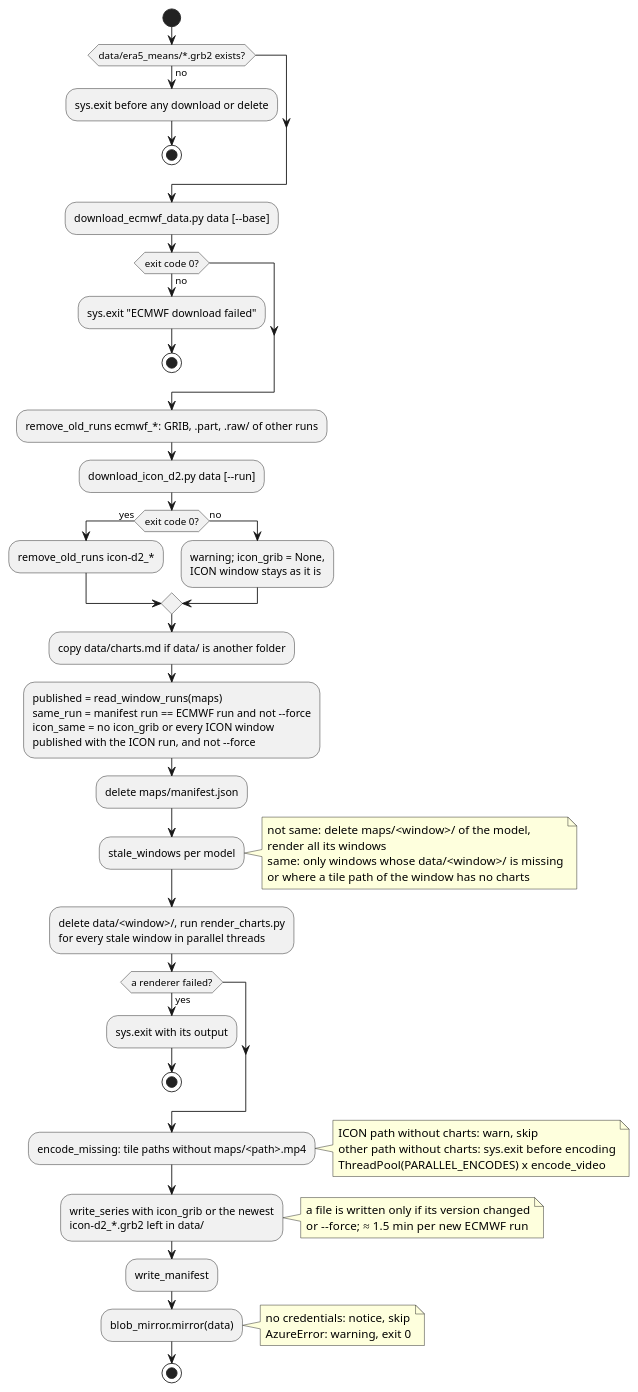
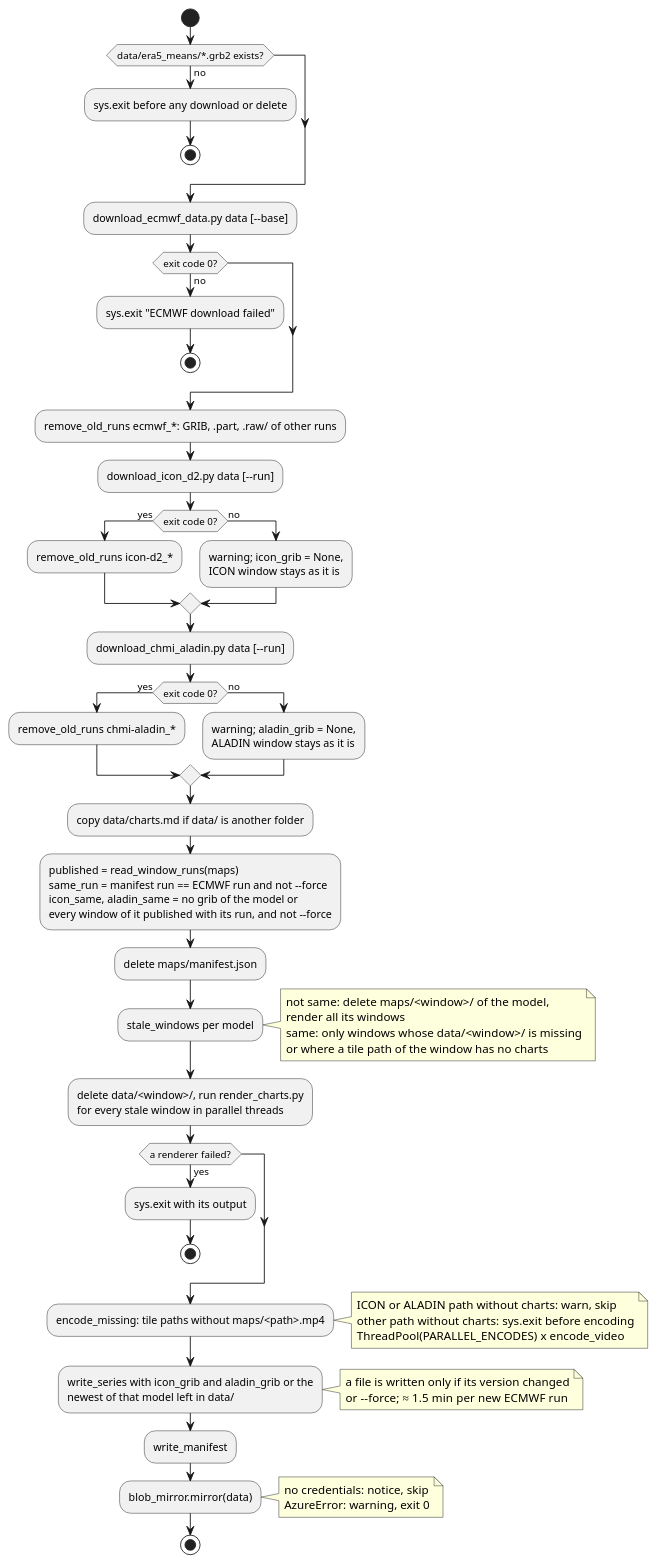
The second of 5 diagrams in REFERENCE.scripts.md (schletz/wetterkartenviewer), drawn with PlantUML before and after one commit. The commit also changed other lines of this file and 52 other files, not shown here.

First line of the commit message:
Add CHMI ALADIN maps for Austria and Hungary [skip ci]

````diff
--- a/REFERENCE.scripts.md
+++ b/REFERENCE.scripts.md
@@ -165,60 +179,67 @@
 ```plantuml
 @startuml update_maps
 start
 if (data/era5_means/*.grb2 exists?) then (no)
  :sys.exit before any download or delete;
  stop
 endif
 :download_ecmwf_data.py data [--base];
 if (exit code 0?) then (no)
  :sys.exit "ECMWF download failed";
  stop
 endif
 :remove_old_runs ecmwf_*: GRIB, .part, .raw/ of other runs;
 :download_icon_d2.py data [--run];
 if (exit code 0?) then (yes)
  :remove_old_runs icon-d2_*;
 else (no)
  :warning; icon_grib = None,
  ICON window stays as it is;
 endif
+:download_chmi_aladin.py data [--run];
+if (exit code 0?) then (yes)
+ :remove_old_runs chmi-aladin_*;
+else (no)
+ :warning; aladin_grib = None,
+ ALADIN window stays as it is;
+endif
 :copy data/charts.md if data/ is another folder;
 :published = read_window_runs(maps)
 same_run = manifest run == ECMWF run and not --force
-icon_same = no icon_grib or every ICON window
-published with the ICON run, and not --force;
+icon_same, aladin_same = no grib of the model or
+every window of it published with its run, and not --force;
 :delete maps/manifest.json;
 :stale_windows per model;
 note right
  not same: delete maps/<window>/ of the model,
  render all its windows
  same: only windows whose data/<window>/ is missing
  or where a tile path of the window has no charts
 end note
 :delete data/<window>/, run render_charts.py
 for every stale window in parallel threads;
 if (a renderer failed?) then (yes)
  :sys.exit with its output;
  stop
 endif
 :encode_missing: tile paths without maps/<path>.mp4;
 note right
- ICON path without charts: warn, skip
+ ICON or ALADIN path without charts: warn, skip
  other path without charts: sys.exit before encoding
  ThreadPool(PARALLEL_ENCODES) x encode_video
 end note
-:write_series with icon_grib or the newest
-icon-d2_*.grb2 left in data/;
+:write_series with icon_grib and aladin_grib or the
+newest of that model left in data/;
 note right
  a file is written only if its version changed
  or --force; ≈ 1.5 min per new ECMWF run
 end note
 :write_manifest;
 :blob_mirror.mirror(data);
 note right
  no credentials: notice, skip
  AzureError: warning, exit 0
 end note
 stop
 @enduml
 ```
````
